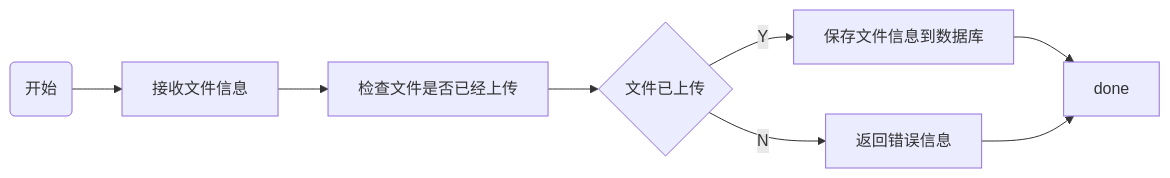
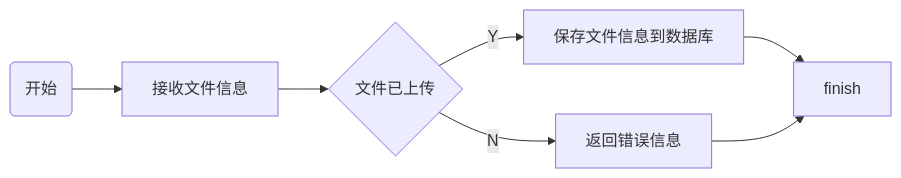
One commit to niuiic/file-service changed the seventh of 11 diagrams in README.md. Above: the diagram before and after it, drawn with Mermaid. The commit also changed other lines of this file, not shown here.

````diff
--- a/README.md
+++ b/README.md
@@ -207,21 +190,16 @@
 ```mermaid
 flowchart LR
-    start(开始)
-    start --> s1
+    start(开始) --> s1
 
-    s1[接收文件信息]
-    s1 --> s2
-
-    s2[检查文件是否已经上传]
-    s2 --> s3
+    s1[接收文件信息] --> s3
 
     s3{文件已上传}
     s3 --Y--> s4
     s3 --N--> s5
 
     s4[保存文件信息到数据库]
-    s4 --> done
+    s4 --> finish
 
     s5[返回错误信息]
-    s5 --> done
+    s5 --> finish
 ```
````
